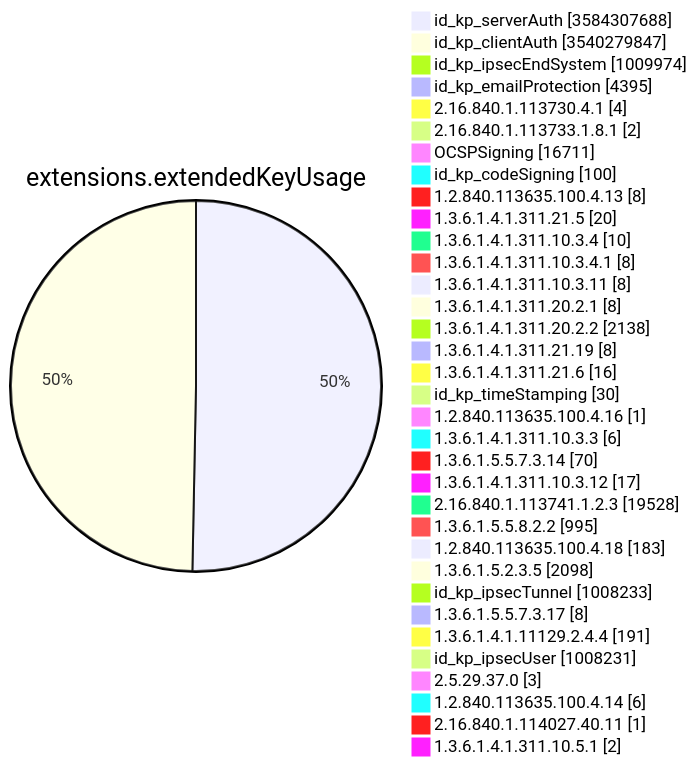
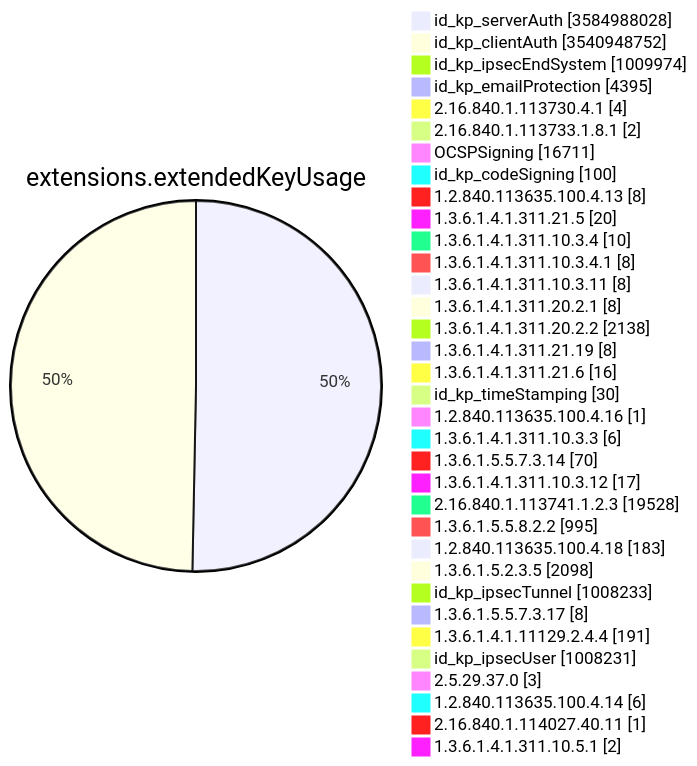
Diagram 11 of 15 in TOTAL/README.md (christiankrug/ctmonitor_visualization), drawn with Mermaid before and after one commit. The commit also changed other lines of this file, not shown here.

````diff
--- a/TOTAL/README.md
+++ b/TOTAL/README.md
@@ -4128,38 +4128,38 @@
 ```mermaid
 pie showData
 title extensions.extendedKeyUsage
-"id_kp_serverAuth" :3584307688
-"id_kp_clientAuth" :3540279847
+"id_kp_serverAuth" :3584988028
+"id_kp_clientAuth" :3540948752
 "id_kp_ipsecEndSystem" :1009974
 "id_kp_emailProtection" :4395
 "2.16.840.1.113730.4.1" :4
 "2.16.840.1.113733.1.8.1" :2
 "OCSPSigning" :16711
 "id_kp_codeSigning" :100
 "1.2.840.113635.100.4.13" :8
 "1.3.6.1.4.1.311.21.5" :20
 "1.3.6.1.4.1.311.10.3.4" :10
 "1.3.6.1.4.1.311.10.3.4.1" :8
 "1.3.6.1.4.1.311.10.3.11" :8
 "1.3.6.1.4.1.311.20.2.1" :8
 "1.3.6.1.4.1.311.20.2.2" :2138
 "1.3.6.1.4.1.311.21.19" :8
 "1.3.6.1.4.1.311.21.6" :16
 "id_kp_timeStamping" :30
 "1.2.840.113635.100.4.16" :1
 "1.3.6.1.4.1.311.10.3.3" :6
 "1.3.6.1.5.5.7.3.14" :70
 "1.3.6.1.4.1.311.10.3.12" :17
 "2.16.840.1.113741.1.2.3" :19528
 "1.3.6.1.5.5.8.2.2" :995
 "1.2.840.113635.100.4.18" :183
 "1.3.6.1.5.2.3.5" :2098
 "id_kp_ipsecTunnel" :1008233
 "1.3.6.1.5.5.7.3.17" :8
 "1.3.6.1.4.1.11129.2.4.4" :191
 "id_kp_ipsecUser" :1008231
 "2.5.29.37.0" :3
 "1.2.840.113635.100.4.14" :6
 "2.16.840.1.114027.40.11" :1
 "1.3.6.1.4.1.311.10.5.1" :2
 ```
````
